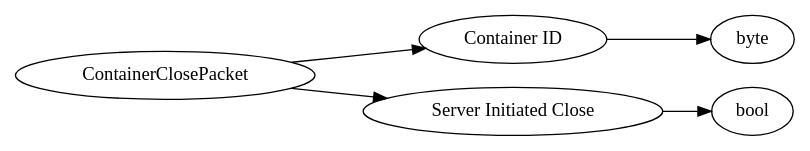
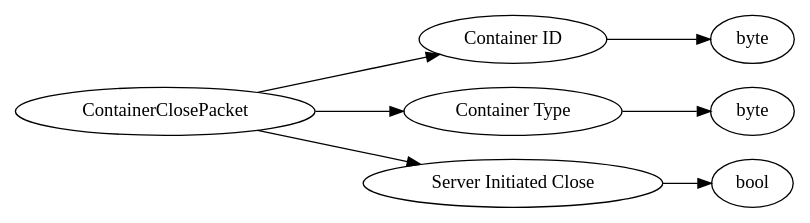
One commit to Mojang/bedrock-protocol-docs changed the diagram in dot/ContainerClosePacket.dot. Above: the diagram before and after it, drawn with Graphviz. The commit also changed 39 other files, not shown here.

```diff
--- a/dot/ContainerClosePacket.dot
+++ b/dot/ContainerClosePacket.dot
@@ -1,16 +1,20 @@
 digraph "ContainerClosePacket" {
 rankdir = LR
 0
 0 -> 1
 1 -> 2
 0 -> 3
 3 -> 4
+0 -> 5
+5 -> 6
 
 0 [label="ContainerClosePacket",comment="name: \"ContainerClosePacket\", typeName: \"\", id: 0, branchId: 47, recurseId: -1, attributes: 0, notes: \"\""];
 1 [label="Container ID",comment="name: \"Container ID\", typeName: \"\", id: 1, branchId: 0, recurseId: -1, attributes: 0, notes: \"\""];
 2 [label="byte",comment="name: \"byte\", typeName: \"\", id: 2, branchId: 0, recurseId: -1, attributes: 512, notes: \"\""];
-3 [label="Server Initiated Close",comment="name: \"Server Initiated Close\", typeName: \"\", id: 3, branchId: 0, recurseId: -1, attributes: 0, notes: \"True if the server initiated the closing\""];
-4 [label="bool",comment="name: \"bool\", typeName: \"\", id: 4, branchId: 0, recurseId: -1, attributes: 512, notes: \"\""];
-{ rank = max;2;4}
+3 [label="Container Type",comment="name: \"Container Type\", typeName: \"\", id: 3, branchId: 0, recurseId: -1, attributes: 0, notes: \"\""];
+4 [label="byte",comment="name: \"byte\", typeName: \"\", id: 4, branchId: 0, recurseId: -1, attributes: 512, notes: \"\""];
+5 [label="Server Initiated Close",comment="name: \"Server Initiated Close\", typeName: \"\", id: 5, branchId: 0, recurseId: -1, attributes: 0, notes: \"True if the server initiated the closing\""];
+6 [label="bool",comment="name: \"bool\", typeName: \"\", id: 6, branchId: 0, recurseId: -1, attributes: 512, notes: \"\""];
+{ rank = max;2;4;6}
 
 }
```
